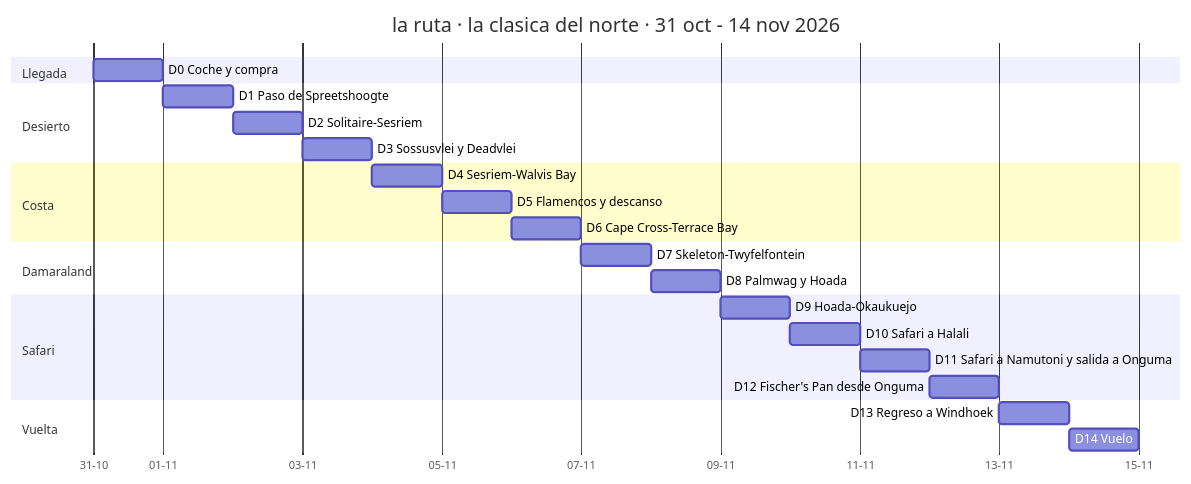
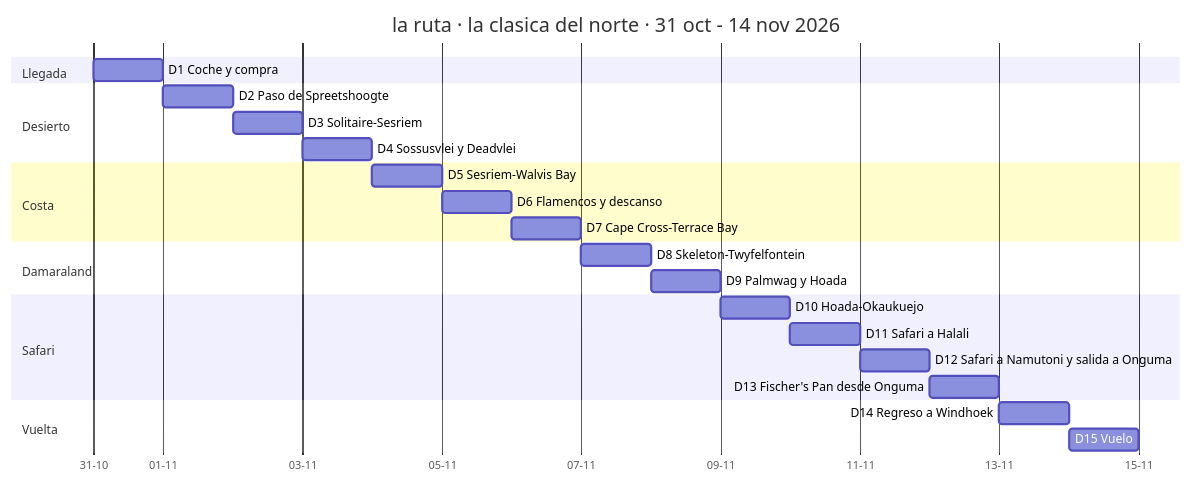
Before and after one commit to morandeirachema/namibia: the first of 4 diagrams in 01-itinerarios-dia-a-dia.md, drawn with Mermaid. The commit also changed other lines of this file and 54 other files, not shown here.

````diff
--- a/01-itinerarios-dia-a-dia.md
+++ b/01-itinerarios-dia-a-dia.md
@@ -89,27 +89,27 @@
 ```mermaid
 gantt
     title la ruta · la clasica del norte · 31 oct - 14 nov 2026
     dateFormat YYYY-MM-DD
     axisFormat %d-%m
     section Llegada
-    D0 Coche y compra :e0, 2026-10-31, 1d
+    D1 Coche y compra :e0, 2026-10-31, 1d
     section Desierto
-    D1 Paso de Spreetshoogte :e1, 2026-11-01, 1d
-    D2 Solitaire-Sesriem :e2, after e1, 1d
-    D3 Sossusvlei y Deadvlei :e3, after e2, 1d
+    D2 Paso de Spreetshoogte :e1, 2026-11-01, 1d
+    D3 Solitaire-Sesriem :e2, after e1, 1d
+    D4 Sossusvlei y Deadvlei :e3, after e2, 1d
     section Costa
-    D4 Sesriem-Walvis Bay :e4, after e3, 1d
-    D5 Flamencos y descanso :e5, after e4, 1d
-    D6 Cape Cross-Terrace Bay :e6, after e5, 1d
+    D5 Sesriem-Walvis Bay :e4, after e3, 1d
+    D6 Flamencos y descanso :e5, after e4, 1d
+    D7 Cape Cross-Terrace Bay :e6, after e5, 1d
     section Damaraland
-    D7 Skeleton-Twyfelfontein :e7, after e6, 1d
-    D8 Palmwag y Hoada :e8, after e7, 1d
+    D8 Skeleton-Twyfelfontein :e7, after e6, 1d
+    D9 Palmwag y Hoada :e8, after e7, 1d
     section Safari
-    D9 Hoada-Okaukuejo :e9, after e8, 1d
-    D10 Safari a Halali :e10, after e9, 1d
-    D11 Safari a Namutoni y salida a Onguma :e11, after e10, 1d
-    D12 Fischer's Pan desde Onguma :e12, after e11, 1d
+    D10 Hoada-Okaukuejo :e9, after e8, 1d
+    D11 Safari a Halali :e10, after e9, 1d
+    D12 Safari a Namutoni y salida a Onguma :e11, after e10, 1d
+    D13 Fischer's Pan desde Onguma :e12, after e11, 1d
     section Vuelta
-    D13 Regreso a Windhoek :e13, after e12, 1d
-    D14 Vuelo :e14, after e13, 1d
+    D14 Regreso a Windhoek :e13, after e12, 1d
+    D15 Vuelo :e14, after e13, 1d
 ```
````
